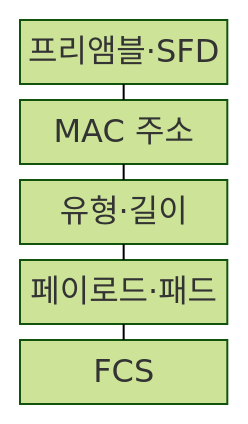
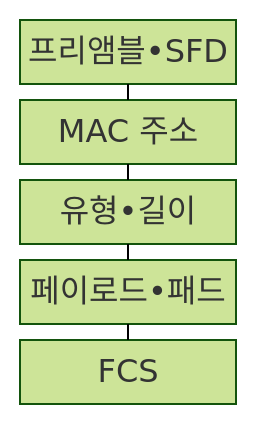
Before and after one commit to agnusdei1207/knowledge-base: the first of 2 diagrams in src/content/docs/notes/04-network/015_ethernet_frame.md, drawn with Mermaid (forest theme). The commit also changed other lines of this file and 953 other files, not shown here.

````diff
--- a/src/content/docs/notes/04-network/015_ethernet_frame.md
+++ b/src/content/docs/notes/04-network/015_ethernet_frame.md
@@ -69,13 +69,13 @@
 ```mermaid
 block-beta
     columns 1
-    A["프리앰블·SFD"]
+    A["프리앰블•SFD"]
     B["MAC 주소"]
-    C["유형·길이"]
-    D["페이로드·패드"]
+    C["유형•길이"]
+    D["페이로드•패드"]
     E["FCS"]
     A --- B
     B --- C
     C --- D
     D --- E
 ```
````
